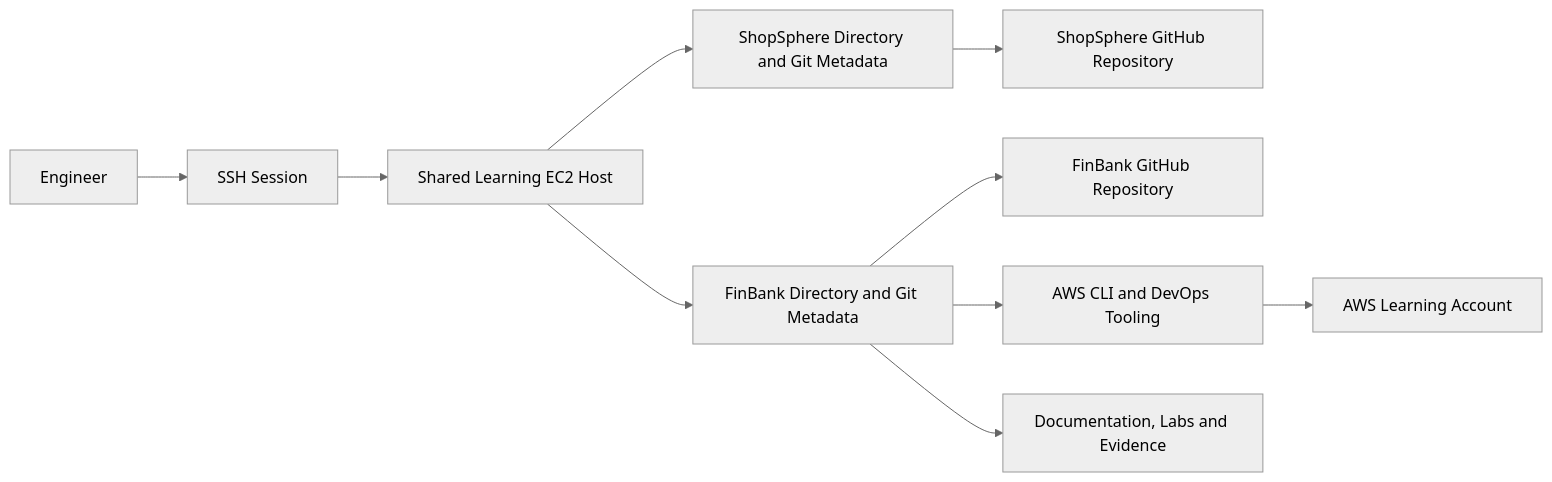
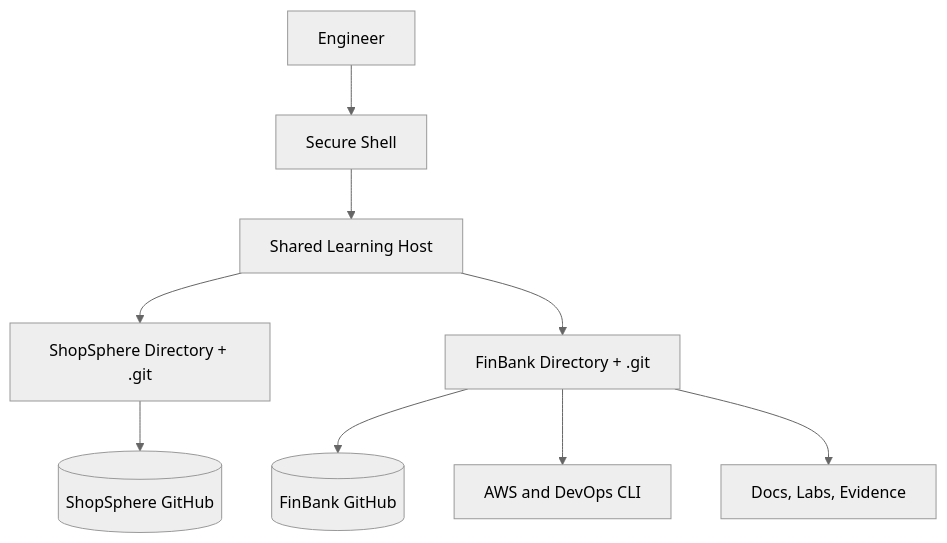
One commit to stocksdetailsteja-arch/FinBank-AI-DevSecOps changed the diagram in days/Day001/architecture.md. Above: the diagram before and after it, drawn with Mermaid (neutral theme). The commit also changed other lines of this file and 20 other files, not shown here.

Commit message:
docs(day-001): redesign premium GitHub learning experience

````diff
--- a/days/Day001/architecture.md
+++ b/days/Day001/architecture.md
@@ -3,12 +10,11 @@
 ```mermaid
-flowchart LR
-  U[Engineer] --> SSH[SSH Session]
-  SSH --> EC2[Shared Learning EC2 Host]
-  EC2 --> SS[ShopSphere Directory and Git Metadata]
-  EC2 --> FB[FinBank Directory and Git Metadata]
-  SS --> SSR[ShopSphere GitHub Repository]
-  FB --> FBR[FinBank GitHub Repository]
-  FB --> CLI[AWS CLI and DevOps Tooling]
-  CLI --> AWS[AWS Learning Account]
-  FB --> DOC[Documentation, Labs and Evidence]
+flowchart TB
+  U[Engineer] --> SSH[Secure Shell]
+  SSH --> EC2[Shared Learning Host]
+  EC2 --> SS[ShopSphere Directory + .git]
+  EC2 --> FB[FinBank Directory + .git]
+  SS --> SSR[(ShopSphere GitHub)]
+  FB --> FBR[(FinBank GitHub)]
+  FB --> CLI[AWS and DevOps CLI]
+  FB --> DOC[Docs, Labs, Evidence]
 ```
````
